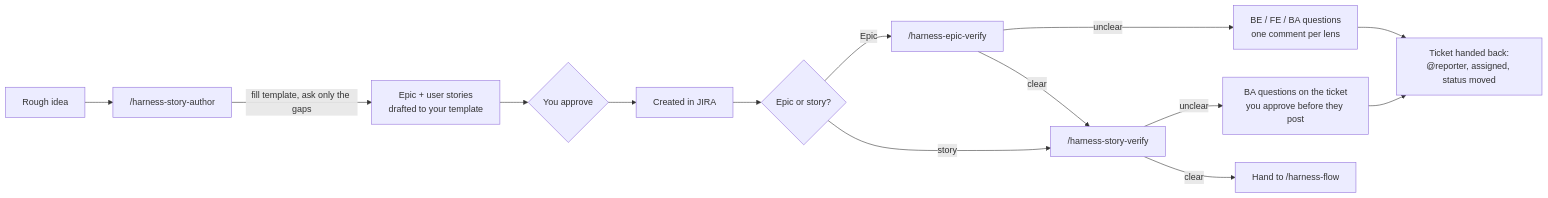
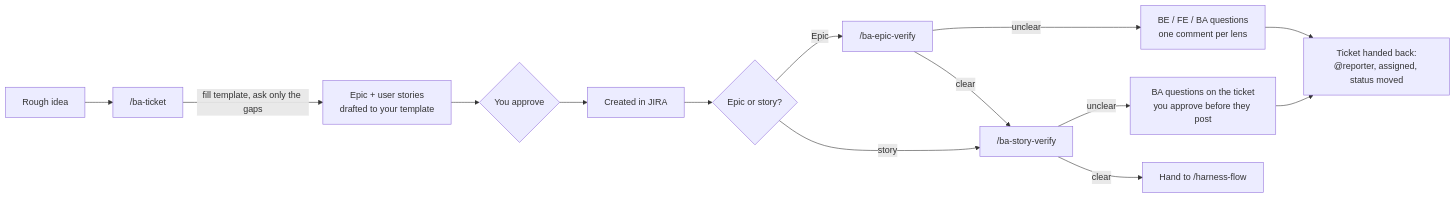
Before and after one commit to foden303/harness: the fourth of 4 diagrams in README.md, drawn with Mermaid. The commit also changed other lines of this file and 44 other files, not shown here.

First line of the commit message:
refactor: rename BA skills to the ba- prefix and merge story-author into ba-ticket --full

````diff
--- a/README.md
+++ b/README.md
@@ -170,15 +170,15 @@
 ```mermaid
 flowchart LR
-    idea["Rough idea"] --> author["/harness-story-author"]
+    idea["Rough idea"] --> author["/ba-ticket"]
     author -->|"fill template, ask only the gaps"| draft["Epic + user stories<br/>drafted to your template"]
     draft --> approve1{"You approve"}
     approve1 --> created["Created in JIRA"]
     created --> kind{"Epic or story?"}
-    kind -->|"Epic"| everify["/harness-epic-verify"]
-    kind -->|"story"| verify["/harness-story-verify"]
+    kind -->|"Epic"| everify["/ba-epic-verify"]
+    kind -->|"story"| verify["/ba-story-verify"]
     everify -->|"unclear"| lq["BE / FE / BA questions<br/>one comment per lens"]
     everify -->|"clear"| verify
     verify -->|"unclear"| q["BA questions on the ticket<br/>you approve before they post"]
     lq & q --> handoff["Ticket handed back:<br/>@reporter, assigned, status moved"]
     verify -->|"clear"| build["Hand to /harness-flow"]
 ```
````
